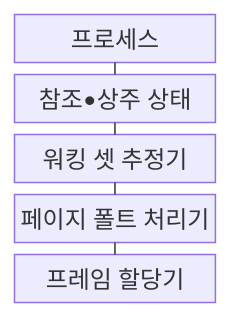
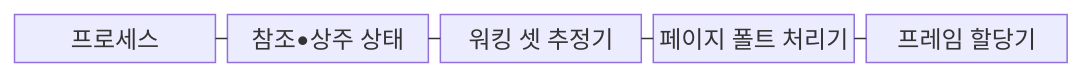
The first of 2 diagrams in src/content/docs/notes/03-software/016_working_set_page_fault.md (agnusdei1207/knowledge-base), drawn with Mermaid before and after one commit. The commit also changed other lines of this file and 493 other files, not shown here.

````diff
--- a/src/content/docs/notes/03-software/016_working_set_page_fault.md
+++ b/src/content/docs/notes/03-software/016_working_set_page_fault.md
@@ -68,13 +68,9 @@
 ```mermaid
-block
-    columns 1
-    P["프로세스"]
-    R["참조•상주 상태"]
-    W["워킹 셋 추정기"]
-    H["페이지 폴트 처리기"]
-    F["프레임 할당기"]
-    P --- R
-    R --- W
-    W --- H
-    H --- F
+block-beta
+  columns 5
+  P["프로세스"] R["참조•상주 상태"] W["워킹 셋 추정기"] H["페이지 폴트 처리기"] F["프레임 할당기"]
+  P --- R
+  R --- W
+  W --- H
+  H --- F
 ```
````
